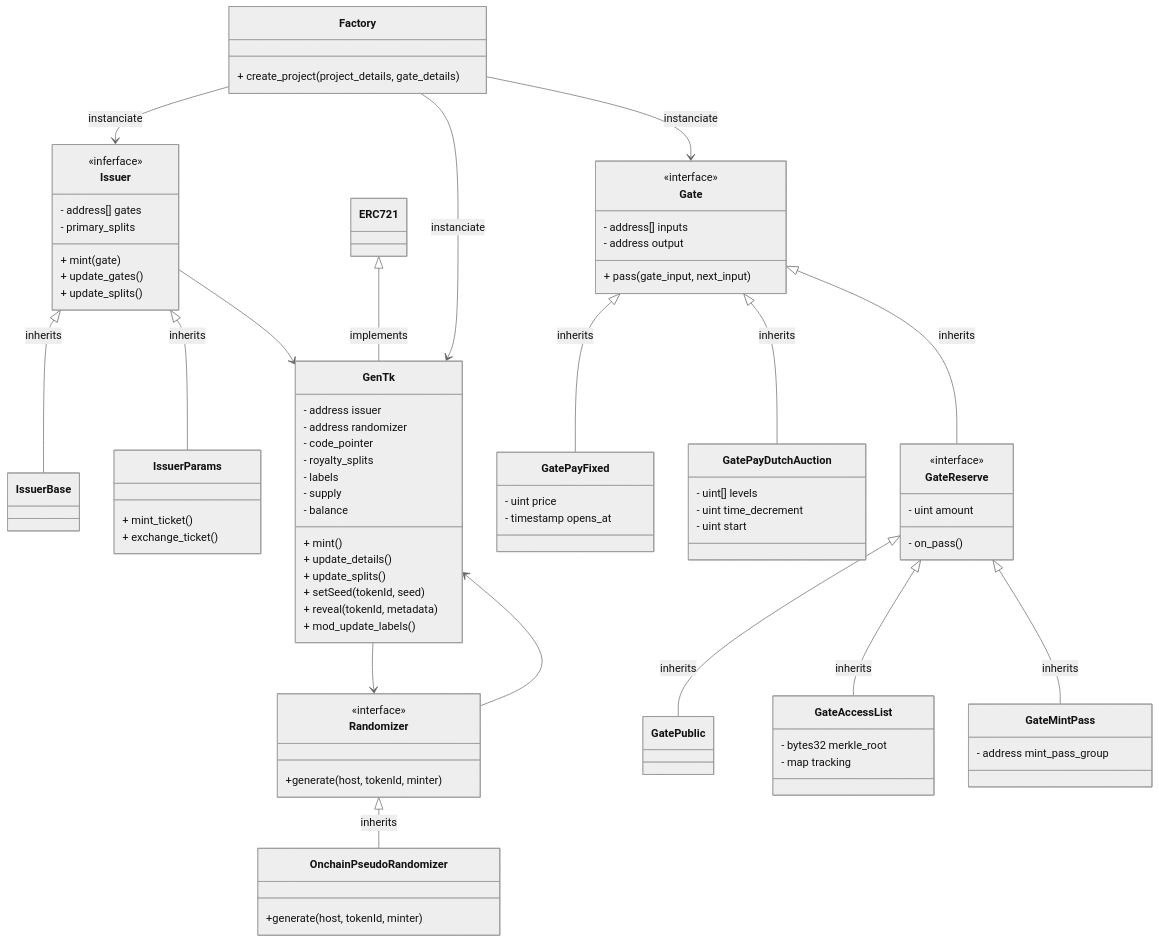
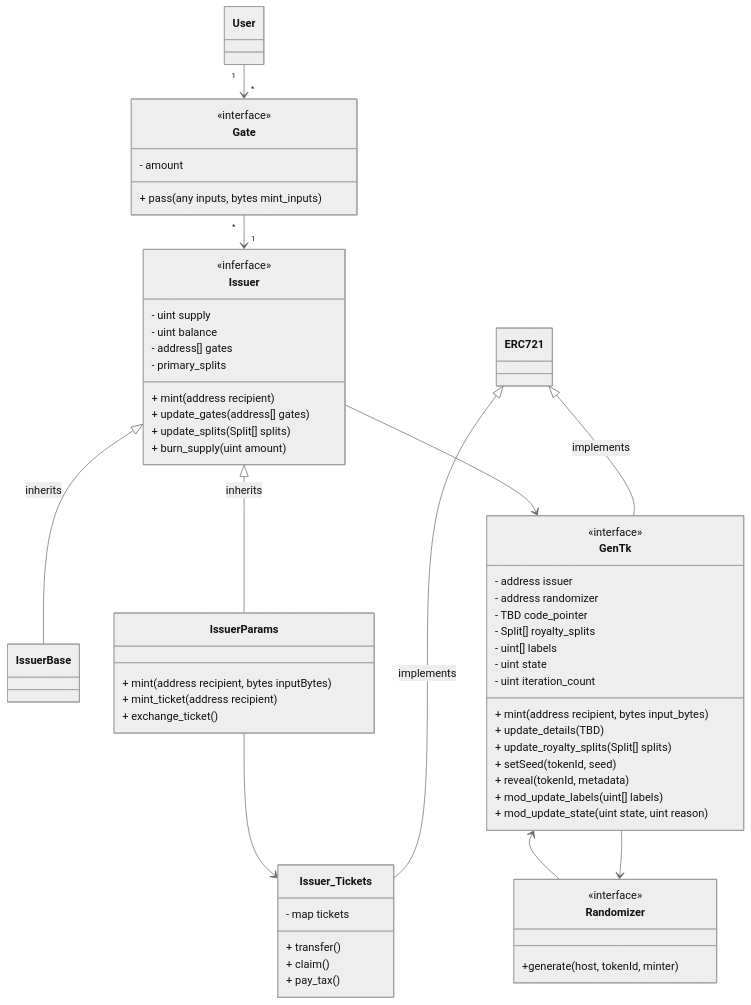
Before and after one commit to fxhash/fxhash-evm-core: the fourth of 4 diagrams in architecture/overall.md, drawn with Mermaid (neutral theme). The commit also changed other lines of this file, not shown here.

Commit message:
started overall architecture

````diff
--- a/architecture/overall.md
+++ b/architecture/overall.md
@@ -1,104 +150,75 @@
 ```mermaid
 classDiagram
-  %% relations between issuers
+  %% inheritance
   Issuer <|-- IssuerBase : inherits
   Issuer <|-- IssuerParams : inherits
   ERC721 <|-- GenTk : implements
+  ERC721 <|-- Issuer_Tickets : implements
+  %% comms
+  User "1" --> "*" Gate
+  Gate "*" --> "1" Issuer
   Issuer --> GenTk
-  Randomizer <|-- OnchainPseudoRandomizer: inherits
   GenTk --> Randomizer
   Randomizer --> GenTk
-  Factory --> Issuer : instanciate
-  Factory --> GenTk : instanciate
-  Factory --> Gate : instanciate
-  %% gates
-  Gate <|-- GatePayFixed : inherits
-  Gate <|-- GatePayDutchAuction : inherits
-  Gate <|-- GateReserve : inherits
-  GateReserve <|-- GatePublic : inherits
-  GateReserve <|-- GateAccessList : inherits
-  GateReserve <|-- GateMintPass: inherits
+  IssuerParams --> Issuer_Tickets
 
-  class Factory {
-    + create_project(project_details, gate_details)
+  class User {
+  }
+
+  class Gate {
+    <<interface>>
+    - amount
+    + pass(any inputs, bytes mint_inputs)
   }
 
   class Issuer {
     <<inferface>>
+    - uint supply
+    - uint balance
     - address[] gates
     - primary_splits
-    + mint(gate)
-    + update_gates()
-    + update_splits()
+    + mint(address recipient)
+    + update_gates(address[] gates)
+    + update_splits(Split[] splits)
+    + burn_supply(uint amount)
   }
 
   class IssuerBase {
-
   }
 
   class IssuerParams {
-    + mint_ticket()
+    + mint(address recipient, bytes inputBytes)
+    + mint_ticket(address recipient)
     + exchange_ticket()
   }
 
   class GenTk {
+    <<interface>>
     - address issuer
     - address randomizer
-    - code_pointer
-    - royalty_splits
-    - labels
-    - supply
-    - balance
-    + mint()
-    + update_details()
-    + update_splits()
+    - TBD code_pointer
+    - Split[] royalty_splits
+    - uint[] labels
+    - uint state
+    - uint iteration_count
+    + mint(address recipient, bytes input_bytes)
+    + update_details(TBD)
+    + update_royalty_splits(Split[] splits)
     + setSeed(tokenId, seed)
     + reveal(tokenId, metadata)
-    + mod_update_labels()
+    + mod_update_labels(uint[] labels)
+    + mod_update_state(uint state, uint reason)
+  }
+
+  class Issuer_Tickets {
+    - map tickets
+    + transfer()
+    + claim()
+    + pay_tax()
   }
 
   class Randomizer {
     <<interface>>
     +generate(host, tokenId, minter)
   }
-
-  class OnchainPseudoRandomizer {
-    +generate(host, tokenId, minter)
-  }
-
-  class Gate {
-    <<interface>>
-    - address[] inputs
-    - address output
-    + pass(gate_input, next_input)
-  }
-
-  class GatePayFixed {
-    - uint price
-    - timestamp opens_at
-  }
-
-  class GatePayDutchAuction {
-    - uint[] levels
-    - uint time_decrement
-    - uint start
-  }
-
-  class GateReserve {
-    <<interface>>
-    - uint amount
-    - on_pass()
-  }
-
-  class GateAccessList {
-    - bytes32 merkle_root
-    - map tracking
-  }
-
-  class GateMintPass {
-    - address mint_pass_group
-  }
-
-  class GatePublic {
-  }
 ```
````
